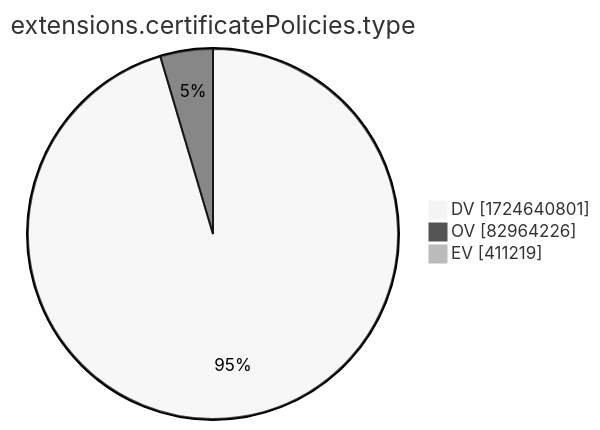
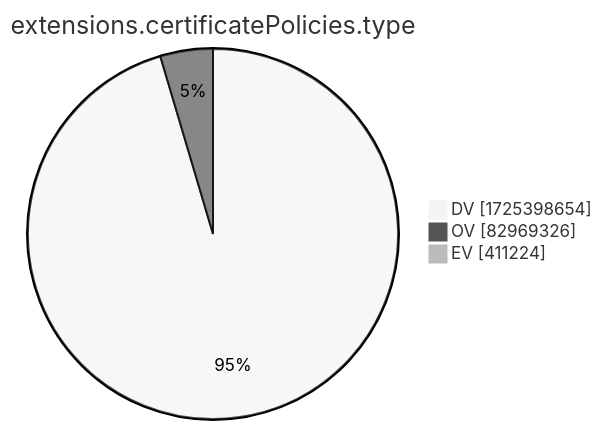
Before and after one commit to christiankrug/ctmonitor_visualization: the tenth of 15 diagrams in xenon2022/README.md, drawn with Mermaid (neutral theme). The commit also changed other lines of this file, not shown here.

````diff
--- a/xenon2022/README.md
+++ b/xenon2022/README.md
@@ -2881,7 +2881,7 @@
 ```mermaid
 pie showData
 title extensions.certificatePolicies.type
-"DV" :1724640801
-"OV" :82964226
-"EV" :411219
+"DV" :1725398654
+"OV" :82969326
+"EV" :411224
 ```
````
